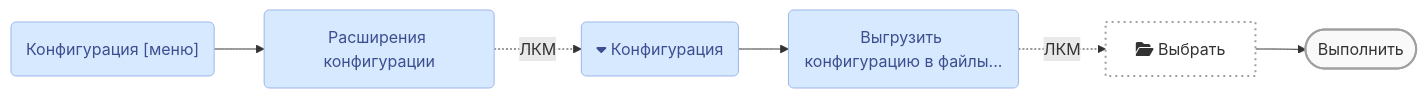
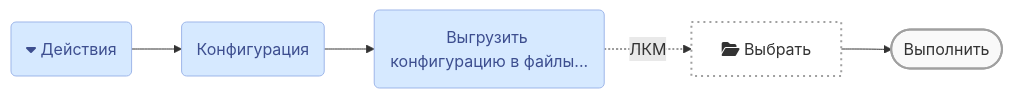
Before and after one commit to kc-doam/manual: the third of 3 diagrams in faq/1cd_crash/export-extension-files.md, drawn with Mermaid. The commit also changed other lines of this file and 3 other files, not shown here.

Commit message:
Sequence has been changed and added the picture

````diff
--- a/faq/1cd_crash/export-extension-files.md
+++ b/faq/1cd_crash/export-extension-files.md
@@ -40,16 +49,14 @@
 ``` mermaid
 graph LR
   %% https://mermaid-js.github.io/mermaid-live-editor/
   %% https://fontawesome.ru/all-icons/
-  m1("Конфигурация [меню]") --> m2
-  m2(Расширения конфигурации) -.-> |ЛКМ| m3
-  m3(fa:fa-caret-down Конфигурация) --> m4
-  m4(Выгрузить конфигурацию в файлы...) -.-> |ЛКМ| element
+  m1(fa:fa-caret-down Действия) --> m2
+  m2(Конфигурация) --> m3
+  m3(Выгрузить конфигурацию в файлы...) -.-> |ЛКМ| element
   element[fa:fa-folder-open Выбрать] --> b1
   b1([Выполнить])
-  classDef button fill:#f9f9f9,stroke:#a0a0a0,stroke-width:2px
+  style b1 fill:#f9f9f9,stroke:#a0a0a0,stroke-width:2px
   style element fill:#fff,stroke:#a0a0a0,stroke-width:2px,stroke-dasharray:2 4
   classDef confmenu fill:#d6e9ff,stroke:#9eb6e9,stroke-width:1px,color:#3d4e8f
-  class m1,m2,m3,m4 confmenu
-  class b1 button
+  class m1,m2,m3 confmenu
 ```
````
